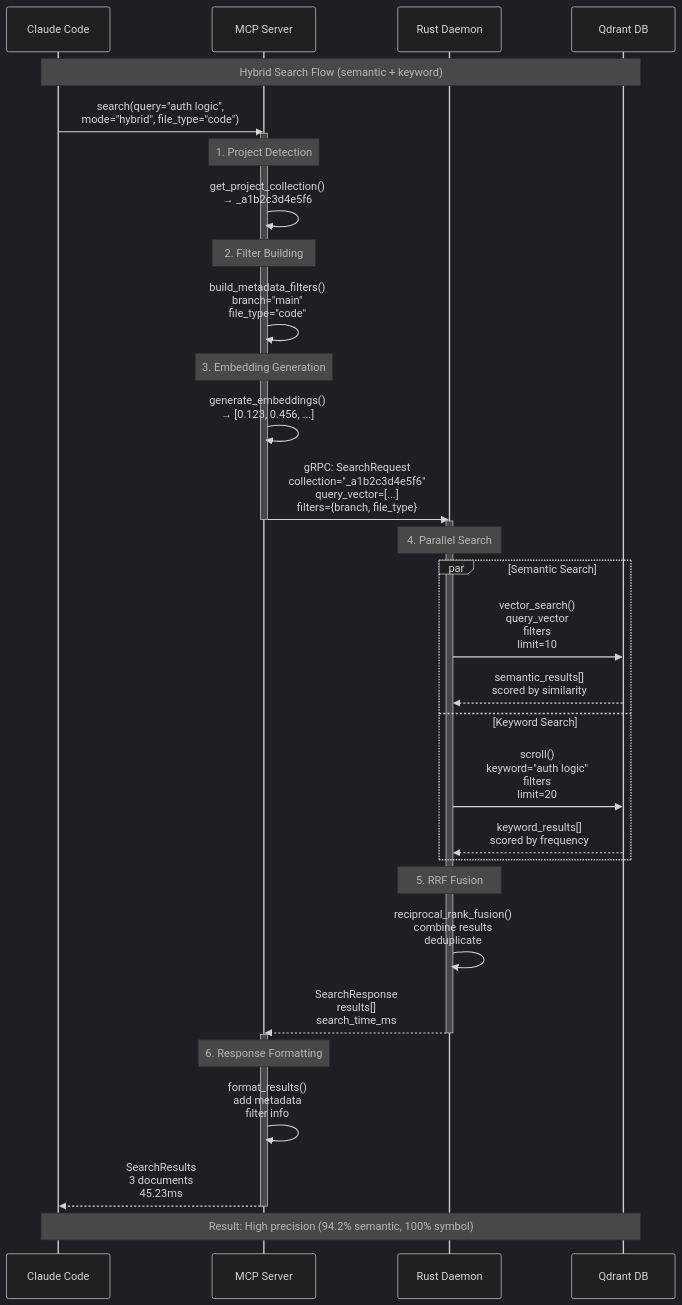
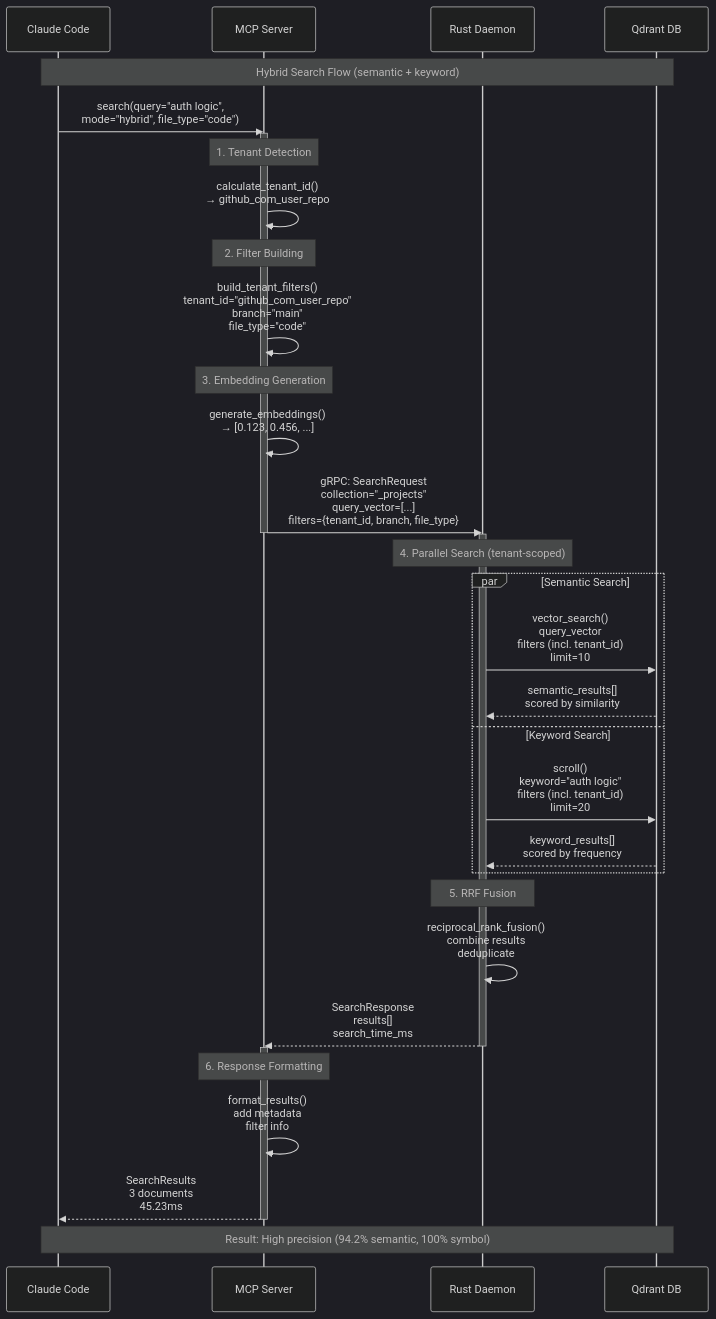
The fifth of 11 diagrams in docs/ARCHITECTURE.md (ChrisGVE/workspace-qdrant-mcp), drawn with Mermaid (dark theme) before and after one commit. The commit also changed other lines of this file, not shown here.

````diff
--- a/docs/ARCHITECTURE.md
+++ b/docs/ARCHITECTURE.md
@@ -294,50 +294,50 @@
 ```mermaid
 sequenceDiagram
     participant Claude as Claude Code
     participant MCP as MCP Server
     participant Daemon as Rust Daemon
     participant Qdrant as Qdrant DB
 
     Note over Claude,Qdrant: Hybrid Search Flow (semantic + keyword)
 
     Claude->>MCP: search(query="auth logic",<br/>mode="hybrid", file_type="code")
 
     activate MCP
-    Note over MCP: 1. Project Detection
-    MCP->>MCP: get_project_collection()<br/>→ _a1b2c3d4e5f6
+    Note over MCP: 1. Tenant Detection
+    MCP->>MCP: calculate_tenant_id()<br/>→ github_com_user_repo
 
     Note over MCP: 2. Filter Building
-    MCP->>MCP: build_metadata_filters()<br/>branch="main"<br/>file_type="code"
+    MCP->>MCP: build_tenant_filters()<br/>tenant_id="github_com_user_repo"<br/>branch="main"<br/>file_type="code"
 
     Note over MCP: 3. Embedding Generation
     MCP->>MCP: generate_embeddings()<br/>→ [0.123, 0.456, ...]
 
-    MCP->>Daemon: gRPC: SearchRequest<br/>collection="_a1b2c3d4e5f6"<br/>query_vector=[...]<br/>filters={branch, file_type}
+    MCP->>Daemon: gRPC: SearchRequest<br/>collection="_projects"<br/>query_vector=[...]<br/>filters={tenant_id, branch, file_type}
     deactivate MCP
 
     activate Daemon
-    Note over Daemon: 4. Parallel Search
+    Note over Daemon: 4. Parallel Search (tenant-scoped)
 
     par Semantic Search
-        Daemon->>Qdrant: vector_search()<br/>query_vector<br/>filters<br/>limit=10
+        Daemon->>Qdrant: vector_search()<br/>query_vector<br/>filters (incl. tenant_id)<br/>limit=10
         Qdrant-->>Daemon: semantic_results[]<br/>scored by similarity
     and Keyword Search
-        Daemon->>Qdrant: scroll()<br/>keyword="auth logic"<br/>filters<br/>limit=20
+        Daemon->>Qdrant: scroll()<br/>keyword="auth logic"<br/>filters (incl. tenant_id)<br/>limit=20
         Qdrant-->>Daemon: keyword_results[]<br/>scored by frequency
     end
 
     Note over Daemon: 5. RRF Fusion
     Daemon->>Daemon: reciprocal_rank_fusion()<br/>combine results<br/>deduplicate
 
     Daemon-->>MCP: SearchResponse<br/>results[]<br/>search_time_ms
     deactivate Daemon
 
     activate MCP
     Note over MCP: 6. Response Formatting
     MCP->>MCP: format_results()<br/>add metadata<br/>filter info
 
     MCP-->>Claude: SearchResults<br/>3 documents<br/>45.23ms
     deactivate MCP
 
     Note over Claude,Qdrant: Result: High precision (94.2% semantic, 100% symbol)
 ```
````
